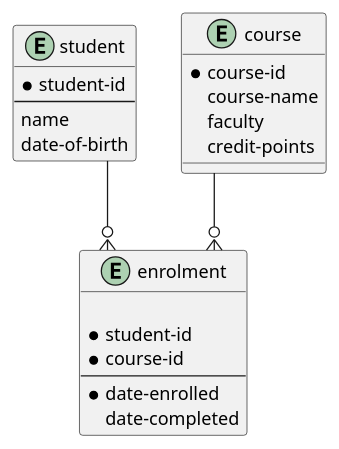
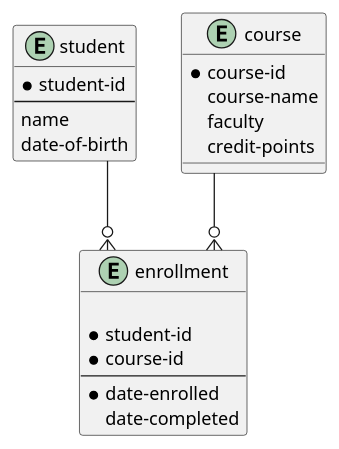
The first of 3 diagrams in modules/tutorials/partials/student-database-diagrams.adoc (couchbase/docs-server), drawn with PlantUML before and after one commit. The commit also changed other lines of this file and 8 other files, not shown here.

```diff
--- a/modules/tutorials/partials/student-database-diagrams.adoc
+++ b/modules/tutorials/partials/student-database-diagrams.adoc
@@ -2,34 +2,34 @@
 [plantuml]
 ....
 @startuml
 skinparam linetype ortho
 entity student {
   * student-id
 --
     name
     date-of-birth
 }
 
 
 entity course {
   * course-id
     course-name
     faculty
     credit-points
 }
 
-entity enrolment {
+entity enrollment {
 
     * student-id
     * course-id
 --
     * date-enrolled
       date-completed
 }
 
 
-student --o{ enrolment
-course --o{ enrolment
+student --o{ enrollment
+course --o{ enrollment
 
 @enduml
 ....
```
